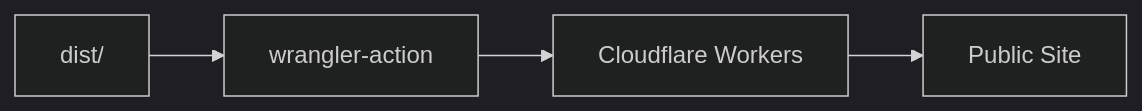
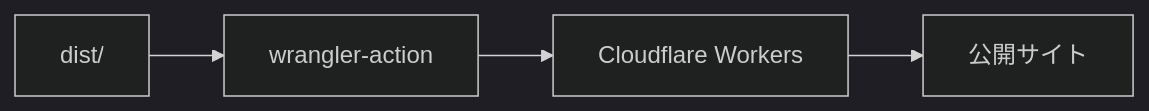
One commit to Rerurate514/riebeckite changed the eighth of 11 diagrams in docs/docs/guides/deployment/github-actions.ja.md. Above: the diagram before and after it, drawn with Mermaid (dark theme). The commit also changed other lines of this file and 310 other files, not shown here.

````diff
--- a/docs/docs/guides/deployment/github-actions.ja.md
+++ b/docs/docs/guides/deployment/github-actions.ja.md
@@ -571,11 +510,11 @@
 ```mermaid id="sxq25c"
 flowchart LR
     Dist["dist/"]
     Wrangler["wrangler-action"]
     Workers["Cloudflare Workers"]
-    Site["Public Site"]
+    Site["公開サイト"]
 
     Dist --> Wrangler
     Wrangler --> Workers
     Workers --> Site
 ```
````
